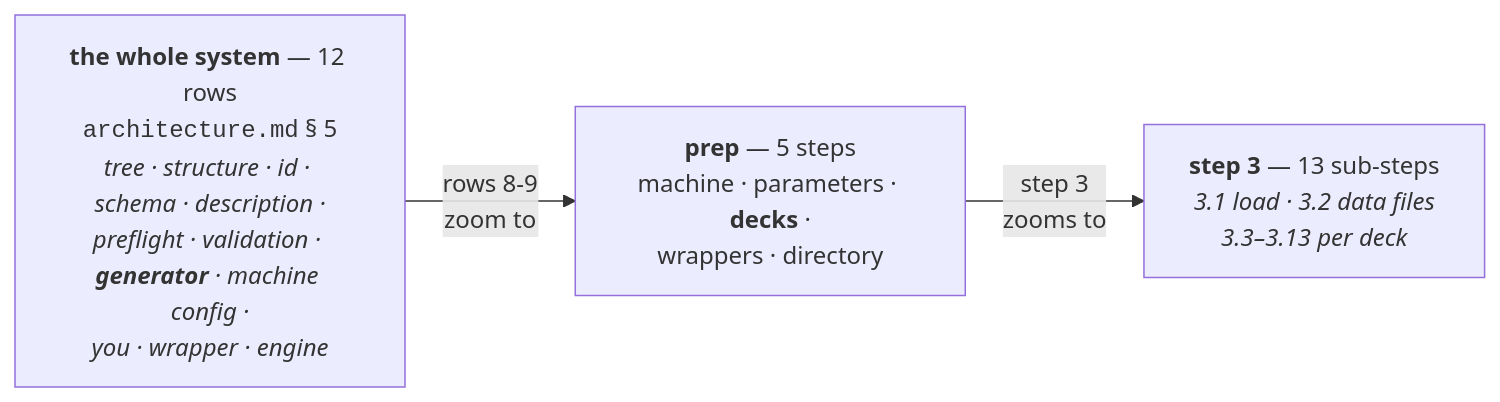
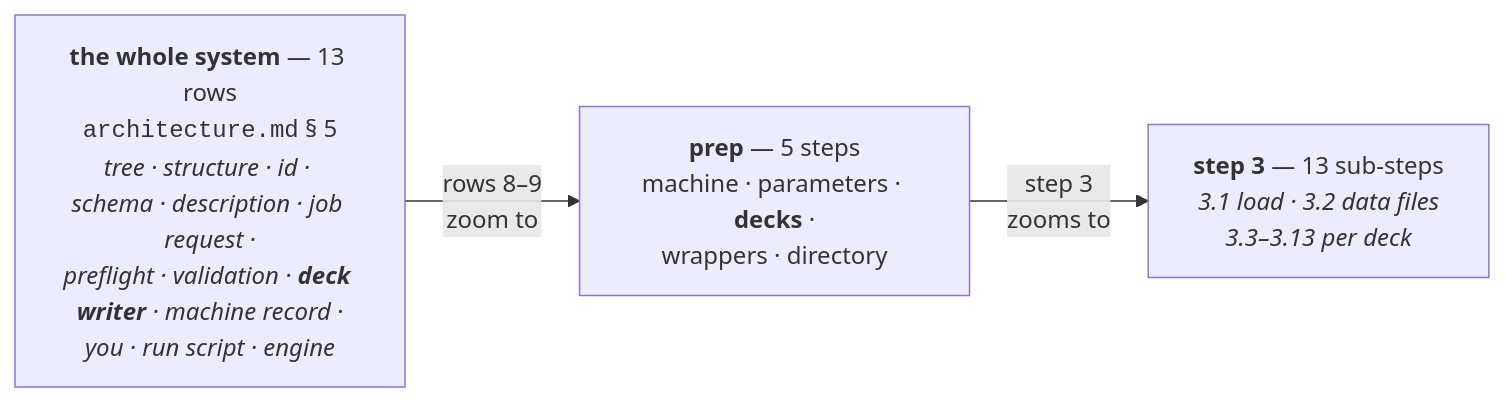
The first of 5 diagrams in docs/execution/script-preparation.md (Qing-LAB/molbuilder), drawn with Mermaid before and after one commit. The commit also changed other lines of this file and 30 other files, not shown here.

````diff
--- a/docs/execution/script-preparation.md
+++ b/docs/execution/script-preparation.md
@@ -126,8 +106,8 @@
 ```mermaid
 flowchart LR
-    A["<b>the whole system</b> — 12 rows<br/><code>architecture.md</code> § 5<br/><i>tree · structure · id · schema · description ·<br/>preflight · validation · <b>generator</b> · machine config ·<br/>you · wrapper · engine</i>"]
+    A["<b>the whole system</b> — 13 rows<br/><code>architecture.md</code> § 5<br/><i>tree · structure · id · schema · description · job request ·<br/>preflight · validation · <b>deck writer</b> · machine record ·<br/>you · run script · engine</i>"]
     B["<b>prep</b> — 5 steps<br/>machine · parameters · <b>decks</b> ·<br/>wrappers · directory"]
     C["<b>step 3</b> — 13 sub-steps<br/><i>3.1 load · 3.2 data files<br/>3.3–3.13 per deck</i>"]
-    A -->|"rows 8-9<br/>zoom to"| B
+    A -->|"rows 8–9<br/>zoom to"| B
     B -->|"step 3<br/>zooms to"| C
 ```
````
